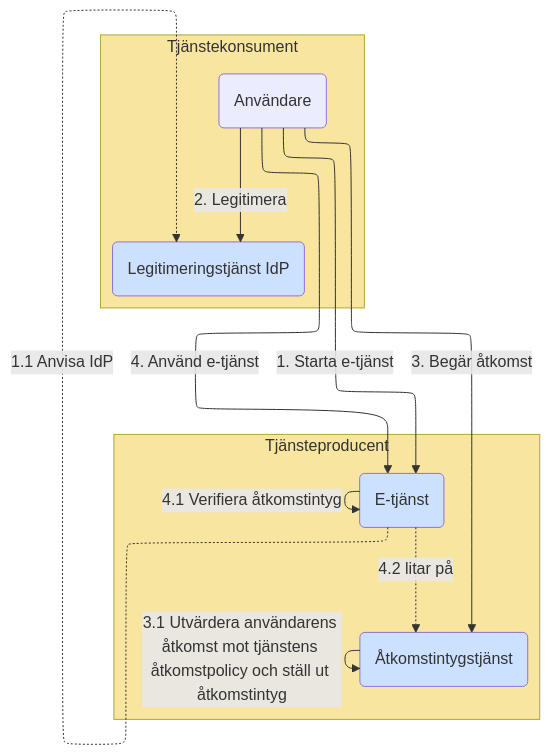
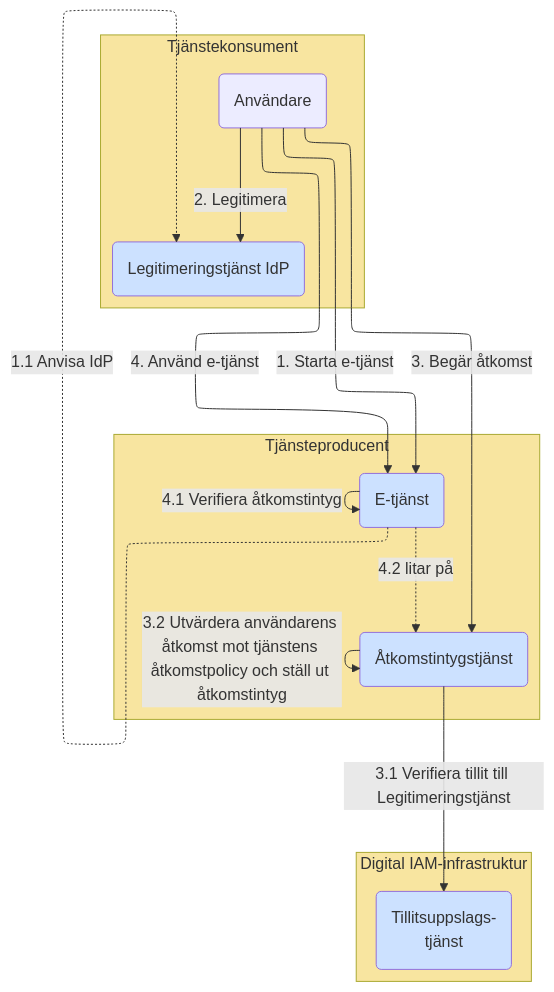
Before and after one commit to diggsweden/ena-authorization: the sixth of 10 diagrams in architecture/drafts/IAM_TargetArchitecture_Sweden.md, drawn with Mermaid.

Commit message:
Kompletterat vissa skisser med IAM-infrastruktur

````diff
--- a/architecture/drafts/IAM_TargetArchitecture_Sweden.md
+++ b/architecture/drafts/IAM_TargetArchitecture_Sweden.md
@@ -212,28 +212,34 @@
 ```mermaid
 %%{init: {"flowchart": {"defaultRenderer": "elk"}} }%%
 graph 
 classDef org fill:#F8E5A0
 classDef comp fill:#CCE1FF
 classDef box fill:#ffffff,stroke:#000000
 
 subgraph po[Tjänsteproducent]
     p(E-tjänst):::comp
     as(Åtkomstintygstjänst):::comp
 end
 po:::org
 
 subgraph co[Tjänstekonsument]
     idp(Legitimeringstjänst IdP):::comp
     u(Användare)
 end
 co:::org
 
+subgraph ss[Digital IAM-infrastruktur]
+    t(Tillitsuppslags-<br>tjänst):::comp
+end
+ss:::org
+
 u--<p>1. Starta e-tjänst-->p
 p-.1#46;1 Anvisa IdP.->idp
 u--<p>2. Legitimera-->idp
 u--<p>3. Begär åtkomst-->as
-as--<p>3.1 Utvärdera användarens åtkomst mot tjänstens åtkomstpolicy och ställ ut åtkomstintyg-->as
+as--<p>3.1 Verifiera tillit till Legitimeringstjänst-->t
+as--<p>3.2 Utvärdera användarens åtkomst mot tjänstens åtkomstpolicy och ställ ut åtkomstintyg-->as
 u--<p>4. Använd e-tjänst-->p
 p--<p>4.1 Verifiera åtkomstintyg-->p
 p-.<p>4#46;2 litar på.->as
 ```
````
